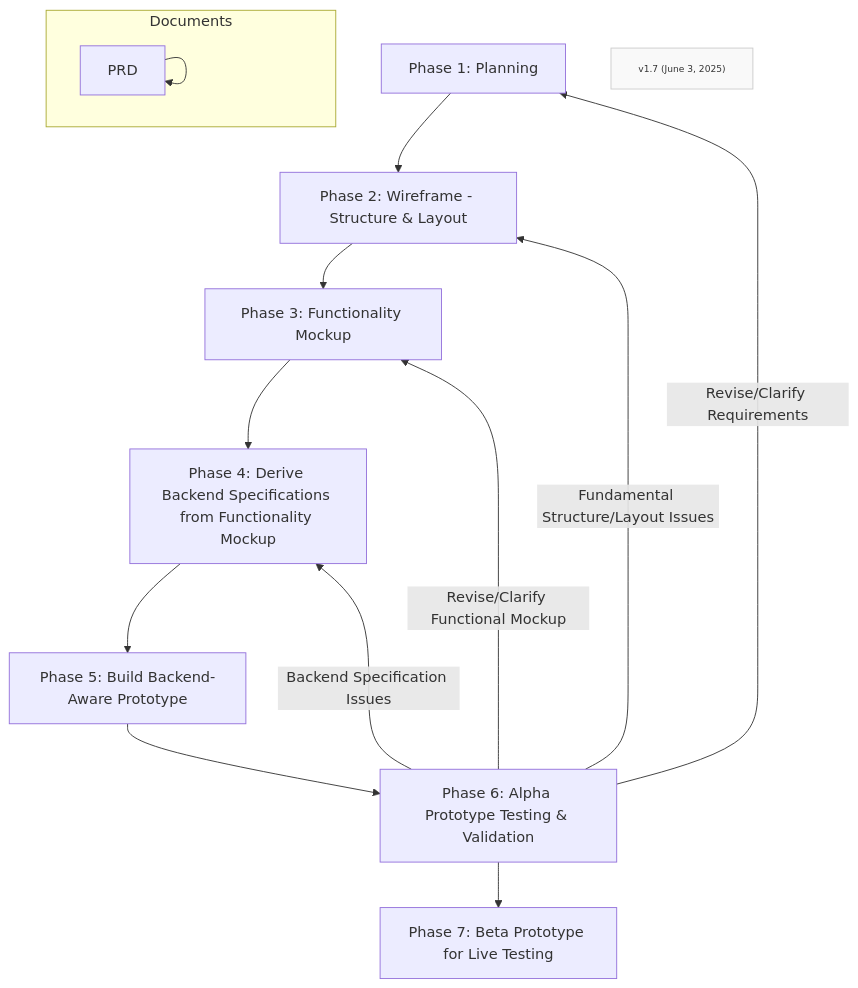
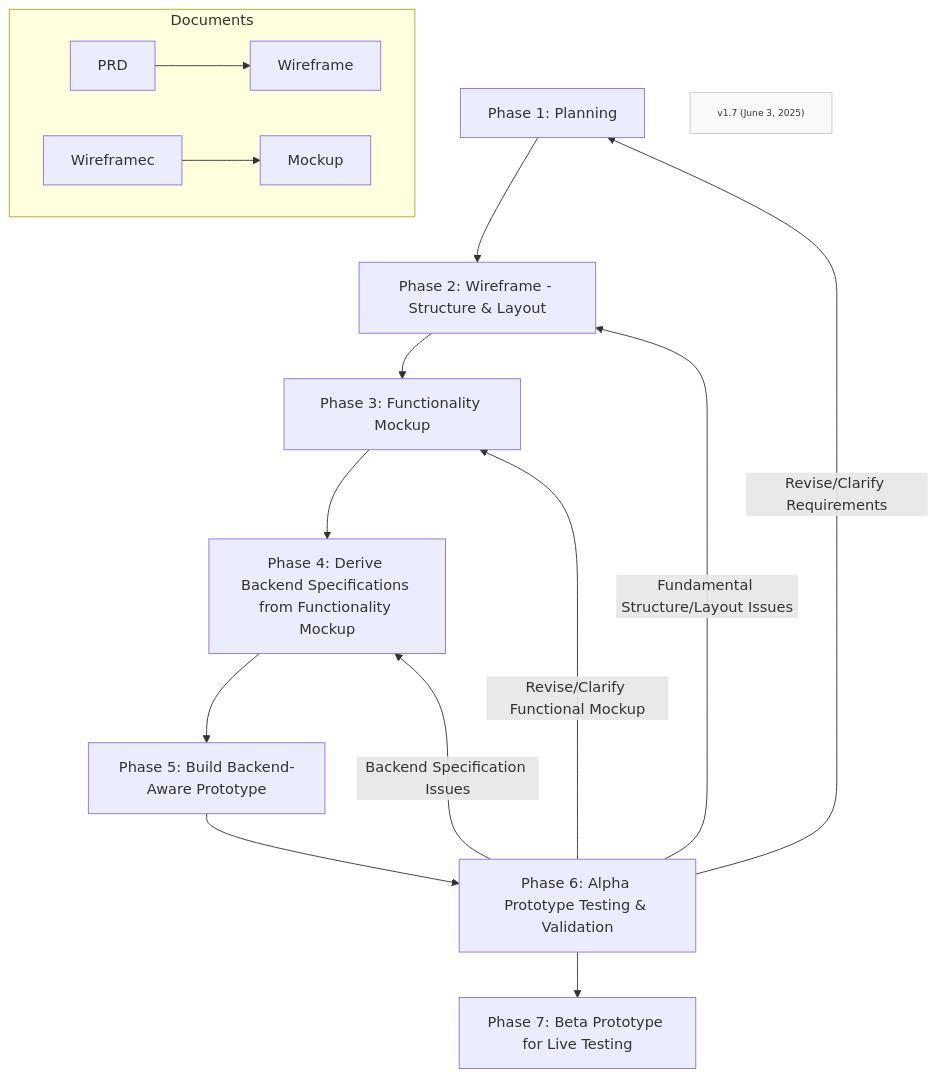
Before and after one commit to Mharbulous/Front-First-Method: the diagram in Phases/FF-overview.md, drawn with Mermaid.

````diff
--- a/Phases/FF-overview.md
+++ b/Phases/FF-overview.md
@@ -1,23 +1,25 @@
 ```mermaid
 graph TD
     Phase1["Phase 1: Planning"] --> Phase2["Phase 2: Wireframe - Structure & Layout"]
     Phase2 --> Phase3["Phase 3: Functionality Mockup"]
     Phase3 --> Phase4["Phase 4: Derive Backend Specifications from Functionality Mockup"]
     Phase4 --> Phase5["Phase 5: Build Backend-Aware Prototype"]
     Phase5 --> Phase6["Phase 6: Alpha Prototype Testing & Validation"]
     Phase6 --> Phase7["Phase 7: Beta Prototype for Live Testing"]
     
     Phase6 -->|Revise/Clarify Requirements| Phase1
     Phase6 -->|Fundamental Structure/Layout Issues| Phase2
     Phase6 -->|Revise/Clarify Functional Mockup| Phase3
     Phase6 -->|Backend Specification Issues| Phase4    
     
     subgraph Files["Documents"]
-        PRD --> PRD
+        PRD --> Wireframe
+        Wireframec --> Mockup
+
 
     end
 
     VersionInfo["v1.7 (June 3, 2025)"]
     classDef version fill:#f9f9f9,stroke:#ccc,font-size:10px;
     class VersionInfo version
 ```
````
